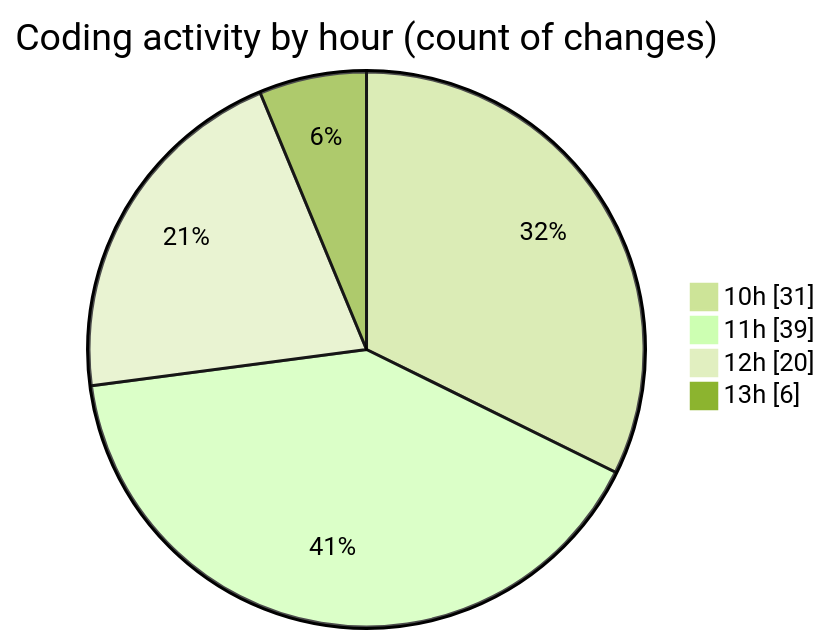
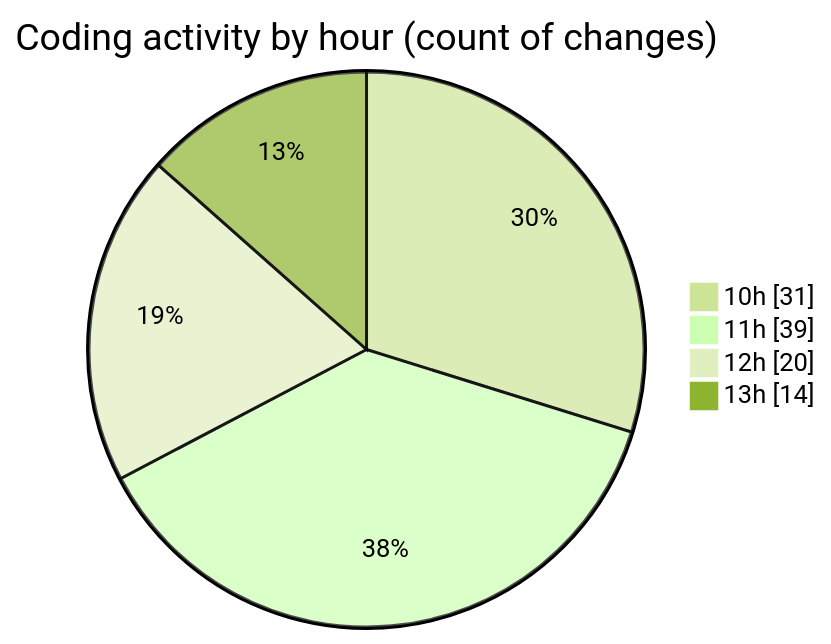
The second of 2 diagrams in 2026-03-25/cda/README.md (momahboobian/code-tracking), drawn with Mermaid (forest theme) before and after one commit. The commit also changed other lines of this file and 1 other file, not shown here.

````diff
--- a/2026-03-25/cda/README.md
+++ b/2026-03-25/cda/README.md
@@ -34,8 +34,8 @@
 ```mermaid
 pie showData
 title Coding activity by hour (count of changes)
 "10h" : 31
 "11h" : 39
 "12h" : 20
-"13h" : 6
+"13h" : 14
 ```
````
